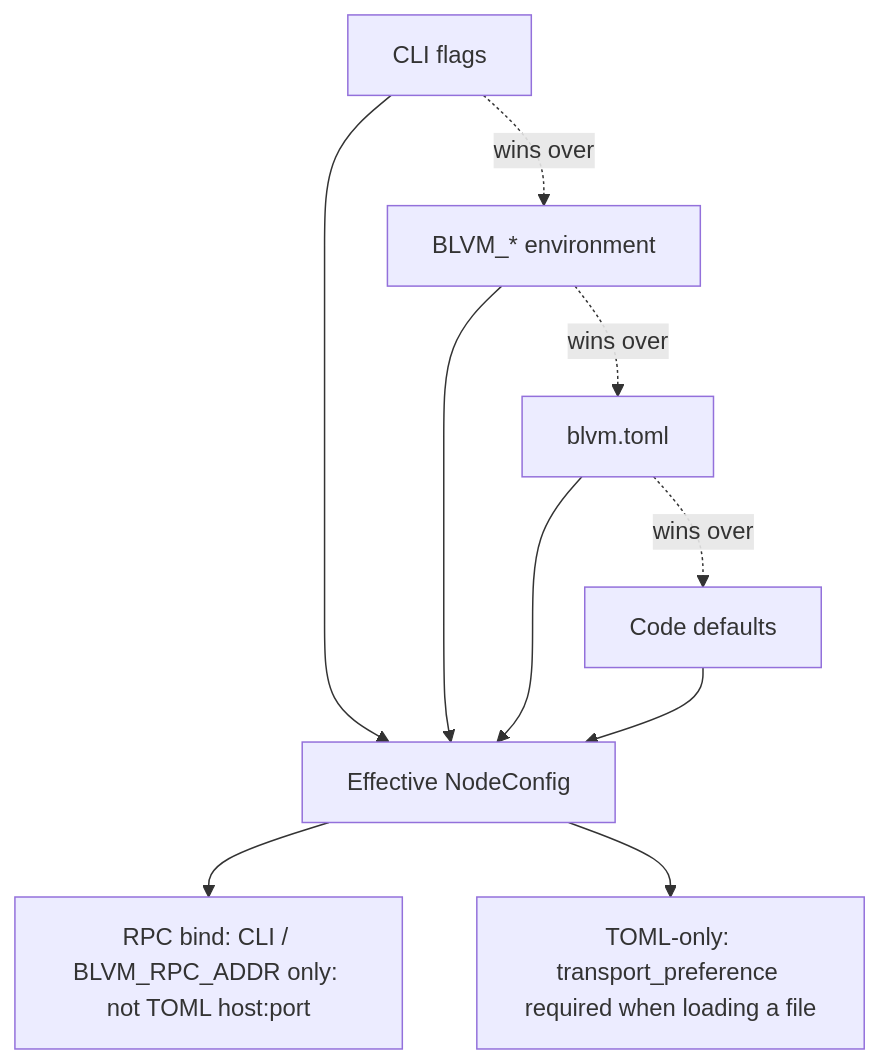
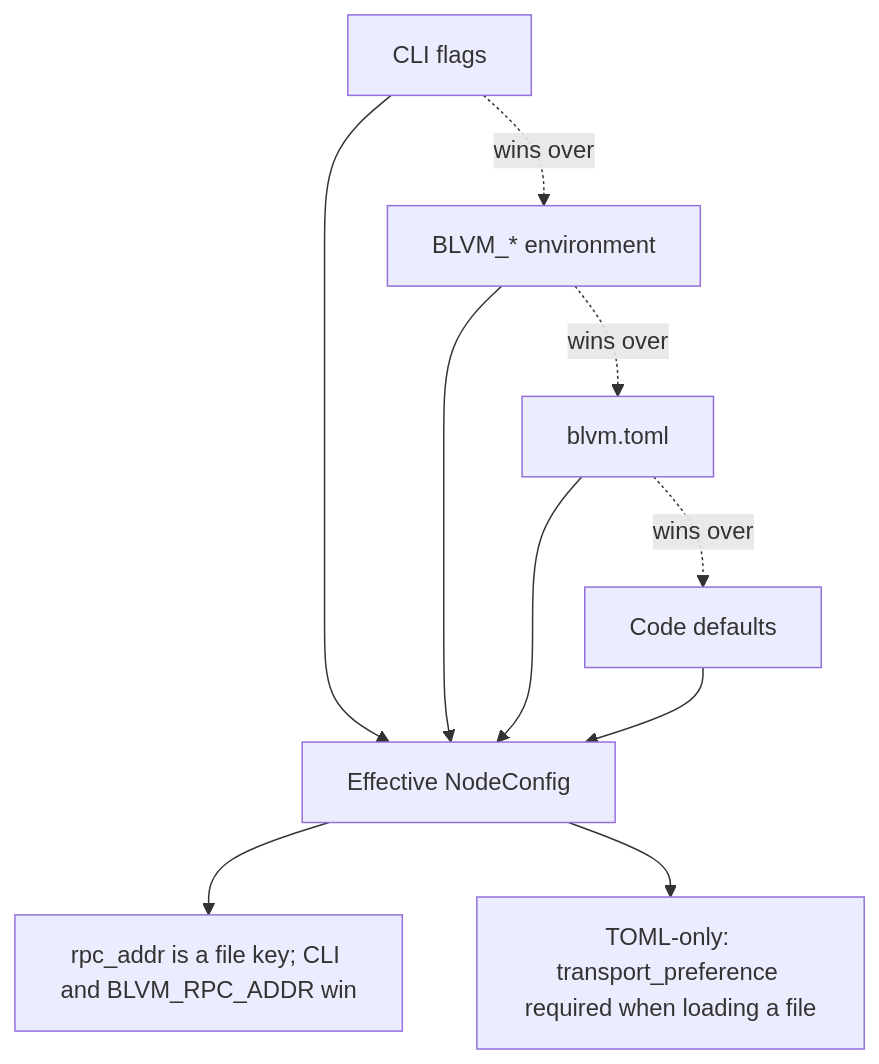
Before and after one commit to BTCDecoded/blvm-docs: the diagram in src/node/configuration.md, drawn with Mermaid. The commit also changed other lines of this file and 1 other file, not shown here.

````diff
--- a/src/node/configuration.md
+++ b/src/node/configuration.md
@@ -13,12 +13,12 @@
 ```mermaid
 flowchart TD
  CLI[CLI flags] --> WIN[Effective NodeConfig]
  ENV[BLVM_* environment] --> WIN
  TOML[blvm.toml] --> WIN
  DEF[Code defaults] --> WIN
  CLI -.->|wins over| ENV
  ENV -.->|wins over| TOML
  TOML -.->|wins over| DEF
- WIN --> RPC[RPC bind: CLI / BLVM_RPC_ADDR only: not TOML host:port]
+ WIN --> RPC[rpc_addr is a file key; CLI and BLVM_RPC_ADDR win]
  WIN --> FILE[TOML-only: transport_preference required when loading a file]
 ```
````
